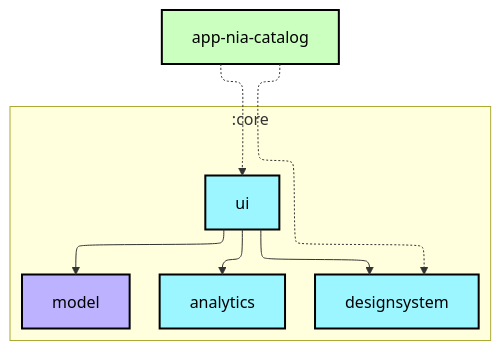
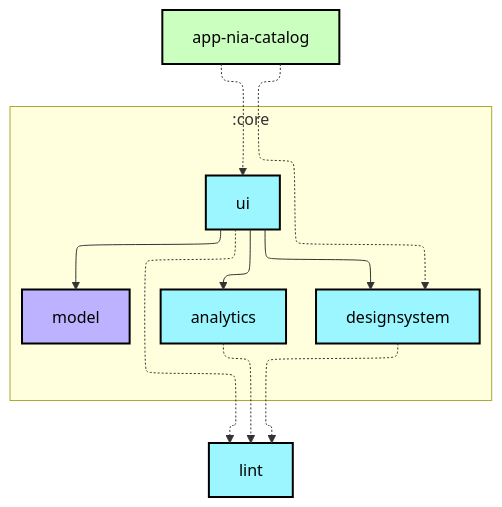
The first of 2 diagrams in app-nia-catalog/README.md (android/nowinandroid), drawn with Mermaid before and after one commit. The commit also changed 31 other files, not shown here.

````diff
--- a/app-nia-catalog/README.md
+++ b/app-nia-catalog/README.md
@@ -6,30 +6,34 @@
 ```mermaid
 ---
 config:
   layout: elk
   elk:
     nodePlacementStrategy: SIMPLE
 ---
 graph TB
   subgraph :core
     direction TB
     :core:analytics[analytics]:::android-library
     :core:designsystem[designsystem]:::android-library
     :core:model[model]:::jvm-library
     :core:ui[ui]:::android-library
   end
+  :lint[lint]:::android-library
   :app-nia-catalog[app-nia-catalog]:::android-application
 
   :app-nia-catalog -.-> :core:designsystem
   :app-nia-catalog -.-> :core:ui
+  :core:analytics -.-> :lint
+  :core:designsystem -.-> :lint
   :core:ui --> :core:analytics
   :core:ui --> :core:designsystem
   :core:ui --> :core:model
+  :core:ui -.-> :lint
 
 classDef android-application fill:#CAFFBF,stroke:#000,stroke-width:2px,color:#000;
 classDef android-feature fill:#FFD6A5,stroke:#000,stroke-width:2px,color:#000;
 classDef android-library fill:#9BF6FF,stroke:#000,stroke-width:2px,color:#000;
 classDef android-test fill:#A0C4FF,stroke:#000,stroke-width:2px,color:#000;
 classDef jvm-library fill:#BDB2FF,stroke:#000,stroke-width:2px,color:#000;
 classDef unknown fill:#FFADAD,stroke:#000,stroke-width:2px,color:#000;
 ```
````
